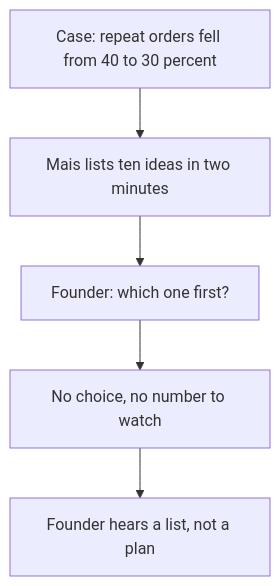
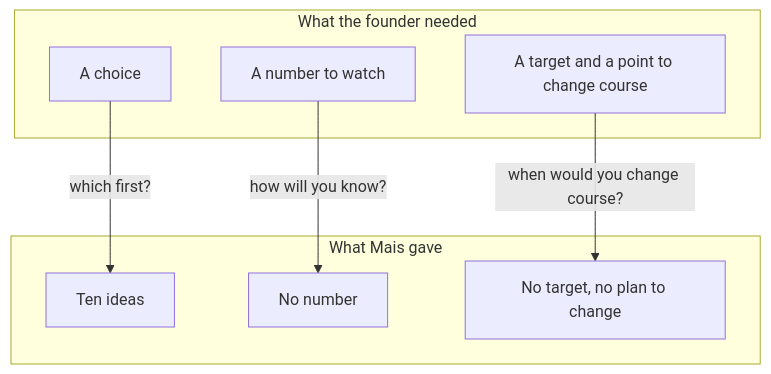
One commit to devweekends/Buildment changed the diagram in courses/founder-interviews/04-case-questions-aloud/04.01-set-the-scene.md. Above: the diagram before and after it, drawn with Mermaid. The commit also changed other lines of this file and 11 other files, not shown here.

````diff
--- a/courses/founder-interviews/04-case-questions-aloud/04.01-set-the-scene.md
+++ b/courses/founder-interviews/04-case-questions-aloud/04.01-set-the-scene.md
@@ -57,7 +57,16 @@
 ```mermaid
 flowchart TD
-  A["Case: repeat orders fell from 40 to 30 percent"] --> B["Mais lists ten ideas in two minutes"]
-  B --> C["Founder: which one first?"]
-  C --> D["No choice, no number to watch"]
-  D --> E["Founder hears a list, not a plan"]
+  subgraph N["What the founder needed"]
+    A["A choice"]
+    B["A number to watch"]
+    C["A target and a point to change course"]
+  end
+  subgraph G["What Mais gave"]
+    D["Ten ideas"]
+    E["No number"]
+    F["No target, no plan to change"]
+  end
+  A -->|"which first?"| D
+  B -->|"how will you know?"| E
+  C -->|"when would you change course?"| F
 ```
````
